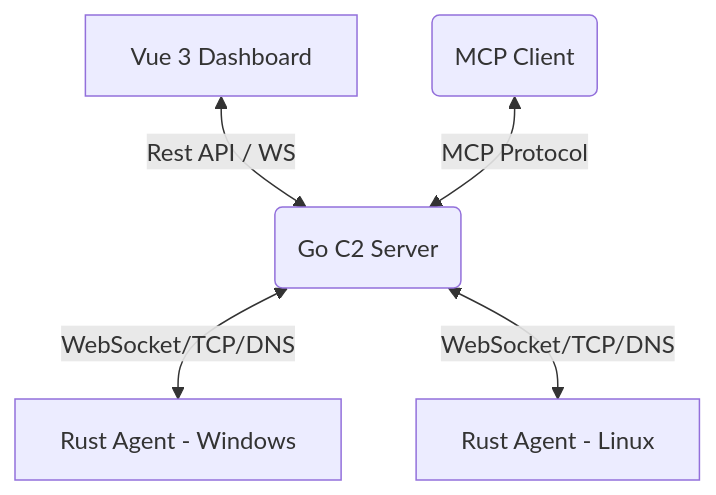
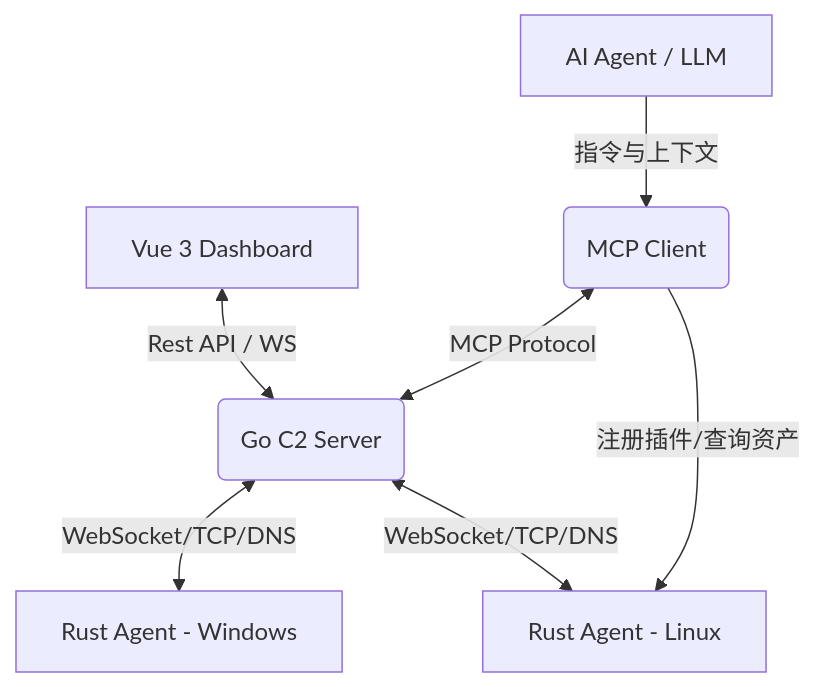
One commit to Galo-123/CupcakeC2 changed the diagram in README.md. Above: the diagram before and after it, drawn with Mermaid. The commit also changed other lines of this file and 73 other files, not shown here.

````diff
--- a/README.md
+++ b/README.md
@@ -66,7 +71,9 @@
 ```mermaid
 graph TD
     A[Vue 3 Dashboard] <-->|Rest API / WS| B(Go C2 Server)
     B <-->|WebSocket/TCP/DNS| C[Rust Agent - Windows]
     B <-->|WebSocket/TCP/DNS| D[Rust Agent - Linux]
     M(MCP Client) <-->|MCP Protocol| B
+    AI[AI Agent / LLM] -- 指令与上下文 --> M
+    M -- 注册插件/查询资产 --> D
 ```
````
